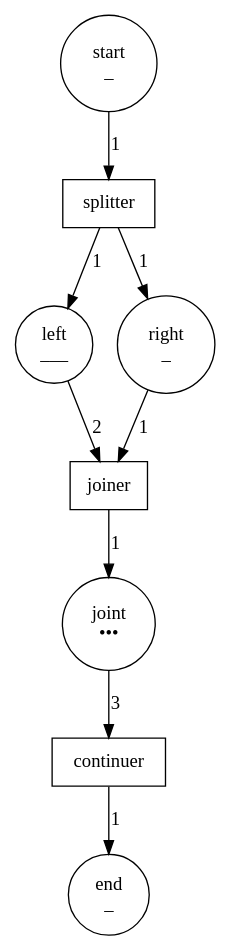
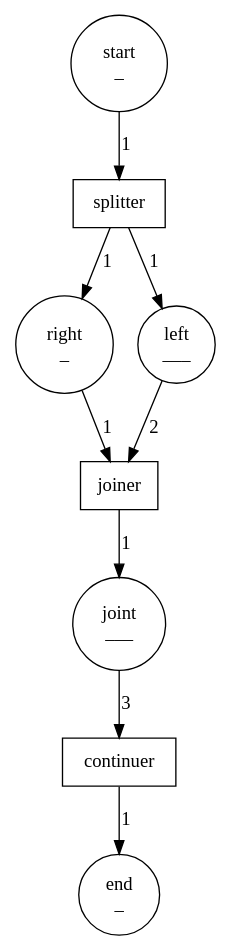
Before and after one commit to iandebeer/castanet: the diagram in petrinet3.dot, drawn with Graphviz. The commit also changed 21 other files, not shown here.

```diff
--- a/petrinet3.dot
+++ b/petrinet3.dot
@@ -1,19 +1,19 @@
 digraph G {
-1 [label="start\n_\n" shape=circle]
-2 [label="left\n___\n" shape=circle]
-3 [label="right\n_\n" shape=circle]
-4 [label="joint\n•••\n" shape=circle]
-5 [label="end\n_\n" shape=circle]
+0 [label="right\n_\n" shape=circle]
+1 [label="left\n___\n" shape=circle]
+2 [label="end\n_\n" shape=circle]
+3 [label="continuer" shape=box]
+4 [label="joiner" shape=box]
+5 [label="start\n_\n" shape=circle]
 6 [label="splitter" shape=box]
-7 [label="joiner" shape=box]
-8 [label="continuer" shape=box]
+7 [label="joint\n___\n" shape=circle]
 
-1 -> 6 [label="1" ] 
-2 -> 7 [label="2" ] 
-3 -> 7 [label="1" ] 
-4 -> 8 [label="3" ] 
-6 -> 2 [label="1" ] 
-6 -> 3 [label="1" ] 
-7 -> 4 [label="1" ] 
-8 -> 5 [label="1" ] 
+0 -> 4 [label="1" ] 
+1 -> 4 [label="2" ] 
+3 -> 2 [label="1" ] 
+4 -> 7 [label="1" ] 
+5 -> 6 [label="1" ] 
+6 -> 1 [label="1" ] 
+6 -> 0 [label="1" ] 
+7 -> 3 [label="3" ] 
 }
```
